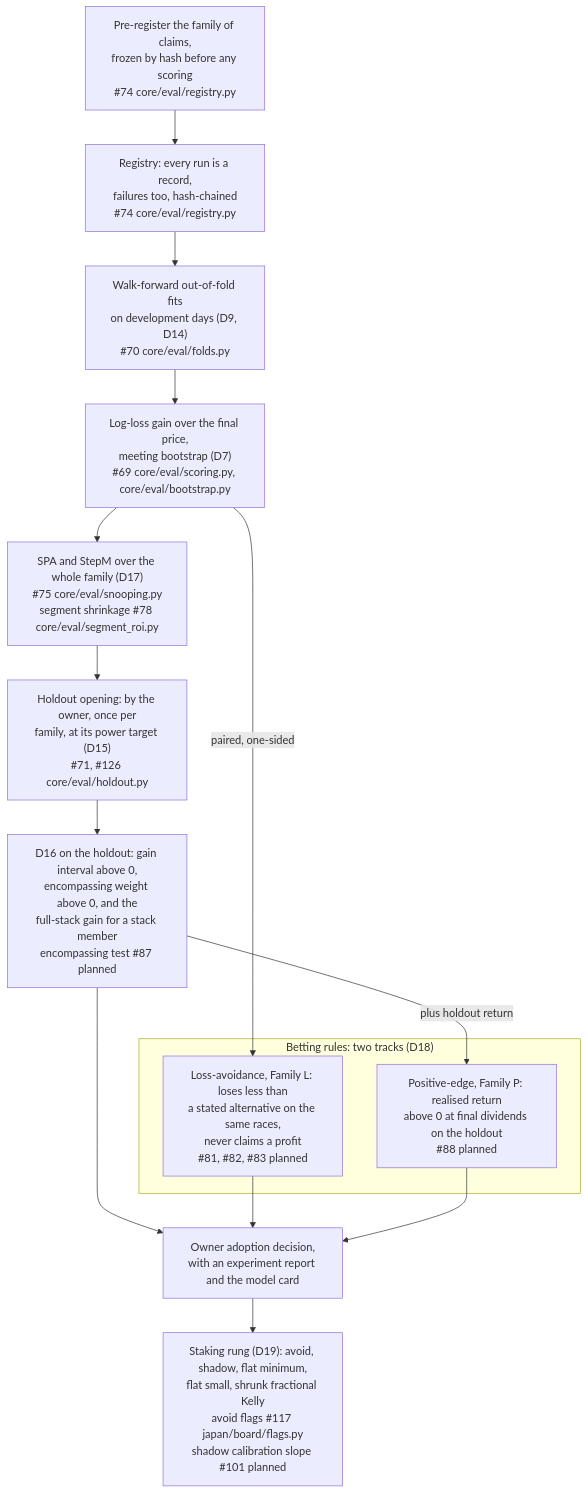
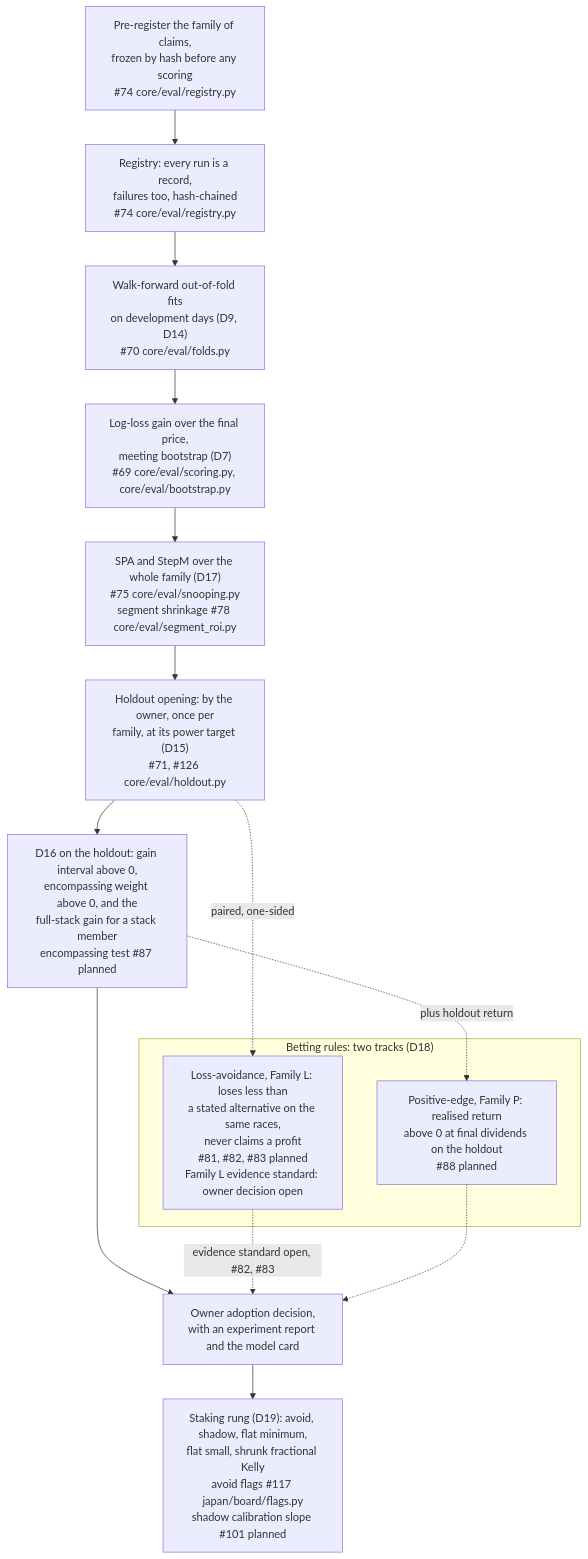
The fifth of 6 diagrams in docs/modeling.md (rjeskuri/HorseTrackBetting), drawn with Mermaid before and after one commit. The commit also changed other lines of this file, not shown here.

First line of the commit message:
Fix the scoring and Family L paths in the modeling diagrams (#299)

````diff
--- a/docs/modeling.md
+++ b/docs/modeling.md
@@ -205,28 +209,28 @@
 ```mermaid
 flowchart TD
     PRE["Pre-register the family of claims,<br/>frozen by hash before any scoring<br/>#74 core/eval/registry.py"]
     REG["Registry: every run is a record,<br/>failures too, hash-chained<br/>#74 core/eval/registry.py"]
     OOF["Walk-forward out-of-fold fits<br/>on development days (D9, D14)<br/>#70 core/eval/folds.py"]
     BOOT["Log-loss gain over the final price,<br/>meeting bootstrap (D7)<br/>#69 core/eval/scoring.py, core/eval/bootstrap.py"]
     SNOOP["SPA and StepM over the whole family (D17)<br/>#75 core/eval/snooping.py<br/>segment shrinkage #78 core/eval/segment_roi.py"]
     HOLD["Holdout opening: by the owner, once per<br/>family, at its power target (D15)<br/>#71, #126 core/eval/holdout.py"]
     D16["D16 on the holdout: gain interval above 0,<br/>encompassing weight above 0, and the<br/>full-stack gain for a stack member<br/>encompassing test #87 planned"]
     subgraph TRACKS["Betting rules: two tracks (D18)"]
-        LA["Loss-avoidance, Family L: loses less than<br/>a stated alternative on the same races,<br/>never claims a profit<br/>#81, #82, #83 planned"]
+        LA["Loss-avoidance, Family L: loses less than<br/>a stated alternative on the same races,<br/>never claims a profit<br/>#81, #82, #83 planned<br/>Family L evidence standard: owner decision open"]
         PE["Positive-edge, Family P: realised return<br/>above 0 at final dividends on the holdout<br/>#88 planned"]
     end
     OWN["Owner adoption decision,<br/>with an experiment report and the model card"]
     RUNG["Staking rung (D19): avoid, shadow, flat minimum,<br/>flat small, shrunk fractional Kelly<br/>avoid flags #117 japan/board/flags.py<br/>shadow calibration slope #101 planned"]
     PRE --> REG
     REG --> OOF
     OOF --> BOOT
     BOOT --> SNOOP
     SNOOP --> HOLD
     HOLD --> D16
-    BOOT -->|"paired, one-sided"| LA
-    D16 -->|"plus holdout return"| PE
+    HOLD -.->|"paired, one-sided"| LA
+    D16 -.->|"plus holdout return"| PE
     D16 --> OWN
-    LA --> OWN
-    PE --> OWN
+    LA -.->|"evidence standard open, #82, #83"| OWN
+    PE -.-> OWN
     OWN --> RUNG
 ```
````
